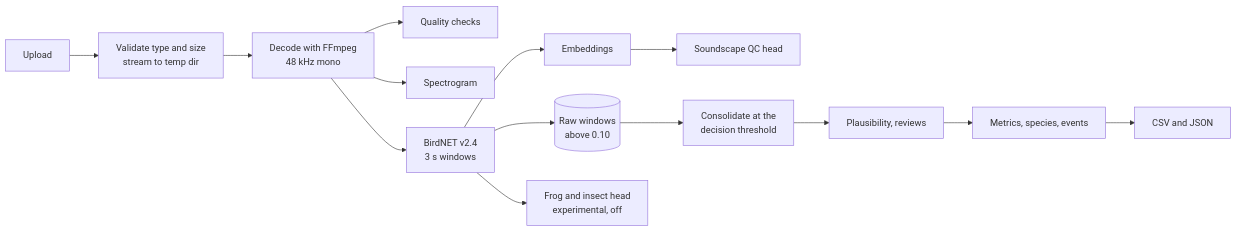
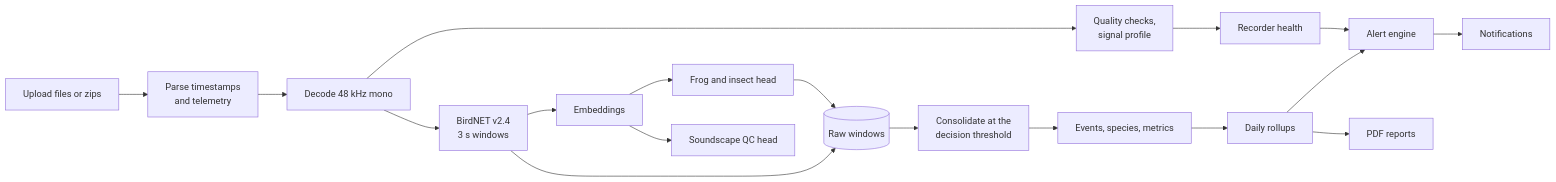
The diagram in README.md (shourya0mehta/thicket), drawn with Mermaid before and after one commit. The commit also changed other lines of this file and 10 other files, not shown here.

````diff
--- a/README.md
+++ b/README.md
@@ -99,15 +74,20 @@
 ```mermaid
 flowchart LR
-  U[Upload] --> V[Validate type and size<br/>stream to temp dir]
-  V --> N[Decode with FFmpeg<br/>48 kHz mono]
-  N --> Q[Quality checks]
-  N --> S[Spectrogram]
+  U[Upload files or zips] --> P[Parse timestamps<br/>and telemetry]
+  P --> N[Decode 48 kHz mono]
+  N --> Q[Quality checks,<br/>signal profile]
   N --> B[BirdNET v2.4<br/>3 s windows]
-  B --> R[(Raw windows<br/>above 0.10)]
-  B --> E[Embeddings] --> QC[Soundscape QC head]
-  B --> F[Frog and insect head<br/>experimental, off]
+  B --> E[Embeddings]
+  E --> F[Frog and insect head]
+  E --> QC[Soundscape QC head]
+  B --> R[(Raw windows)]
+  F --> R
   R --> C[Consolidate at the<br/>decision threshold]
-  C --> P[Plausibility, reviews]
-  P --> M[Metrics, species, events]
-  M --> X[CSV and JSON]
+  C --> M[Events, species, metrics]
+  M --> D[Daily rollups]
+  Q --> H[Recorder health]
+  D --> A[Alert engine]
+  H --> A
+  A --> No[Notifications]
+  D --> Rep[PDF reports]
 ```
````
